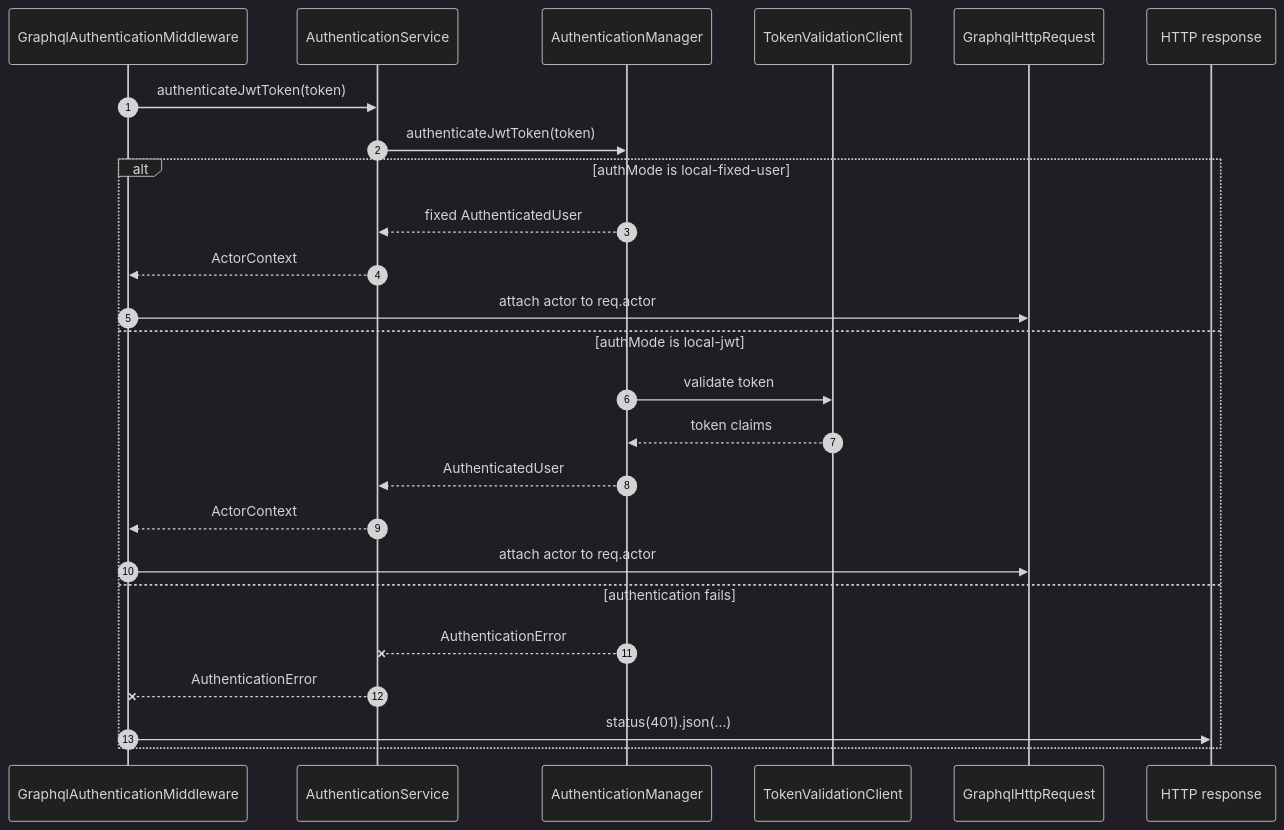
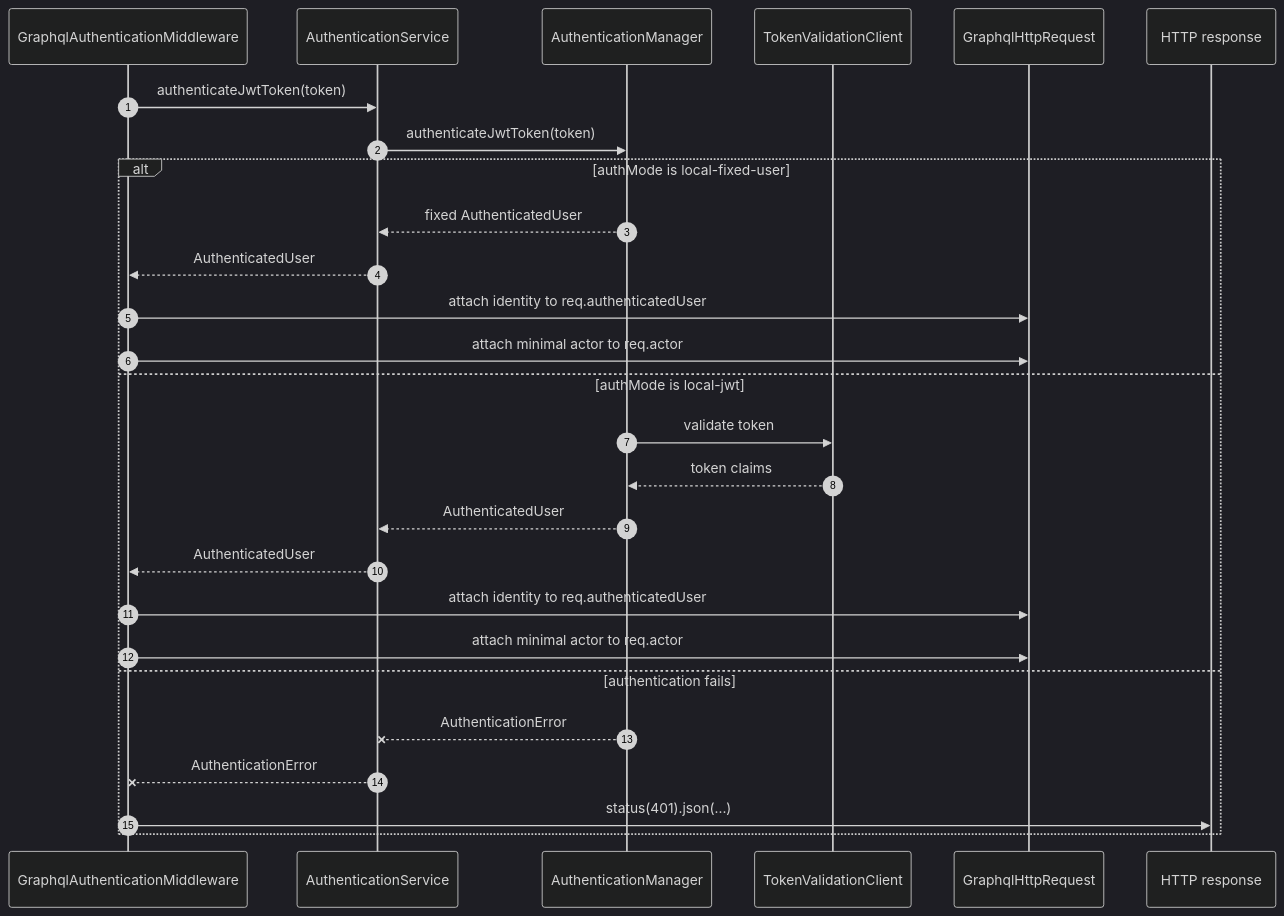
One commit to patex1987/golden-path-ecs-template changed the second of 4 diagrams in docs/architecture/graphql-request-flow.md. Above: the diagram before and after it, drawn with Mermaid (dark theme). The commit also changed other lines of this file and 8 other files, not shown here.

````diff
--- a/docs/architecture/graphql-request-flow.md
+++ b/docs/architecture/graphql-request-flow.md
@@ -70,29 +73,31 @@
 ```mermaid
 sequenceDiagram
   autonumber
   participant Middleware as GraphqlAuthenticationMiddleware
   participant AuthService as AuthenticationService
   participant Manager as AuthenticationManager
   participant TokenClient as TokenValidationClient
   participant Request as GraphqlHttpRequest
   participant Response as HTTP response
 
   Middleware->>AuthService: authenticateJwtToken(token)
   AuthService->>Manager: authenticateJwtToken(token)
 
   alt authMode is local-fixed-user
     Manager-->>AuthService: fixed AuthenticatedUser
-    AuthService-->>Middleware: ActorContext
-    Middleware->>Request: attach actor to req.actor
+    AuthService-->>Middleware: AuthenticatedUser
+    Middleware->>Request: attach identity to req.authenticatedUser
+    Middleware->>Request: attach minimal actor to req.actor
   else authMode is local-jwt
     Manager->>TokenClient: validate token
     TokenClient-->>Manager: token claims
     Manager-->>AuthService: AuthenticatedUser
-    AuthService-->>Middleware: ActorContext
-    Middleware->>Request: attach actor to req.actor
+    AuthService-->>Middleware: AuthenticatedUser
+    Middleware->>Request: attach identity to req.authenticatedUser
+    Middleware->>Request: attach minimal actor to req.actor
   else authentication fails
     Manager--x AuthService: AuthenticationError
     AuthService--x Middleware: AuthenticationError
     Middleware->>Response: status(401).json(...)
   end
 ```
````
